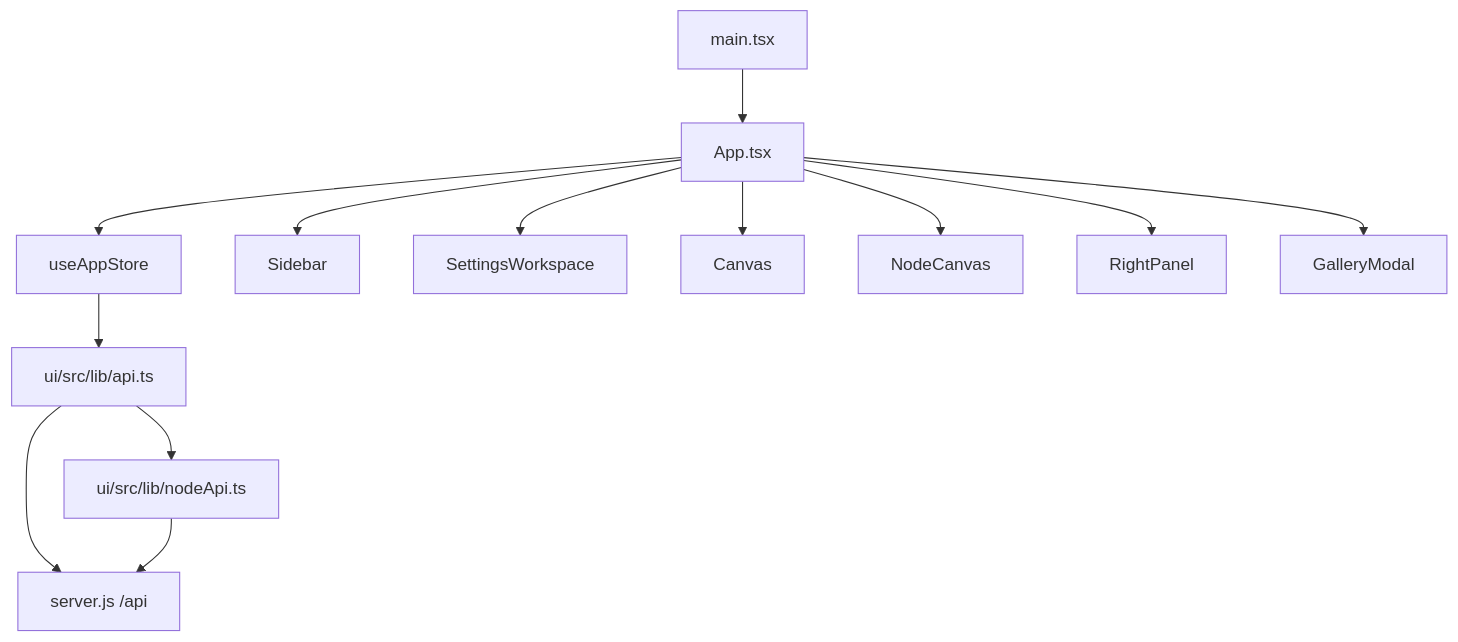
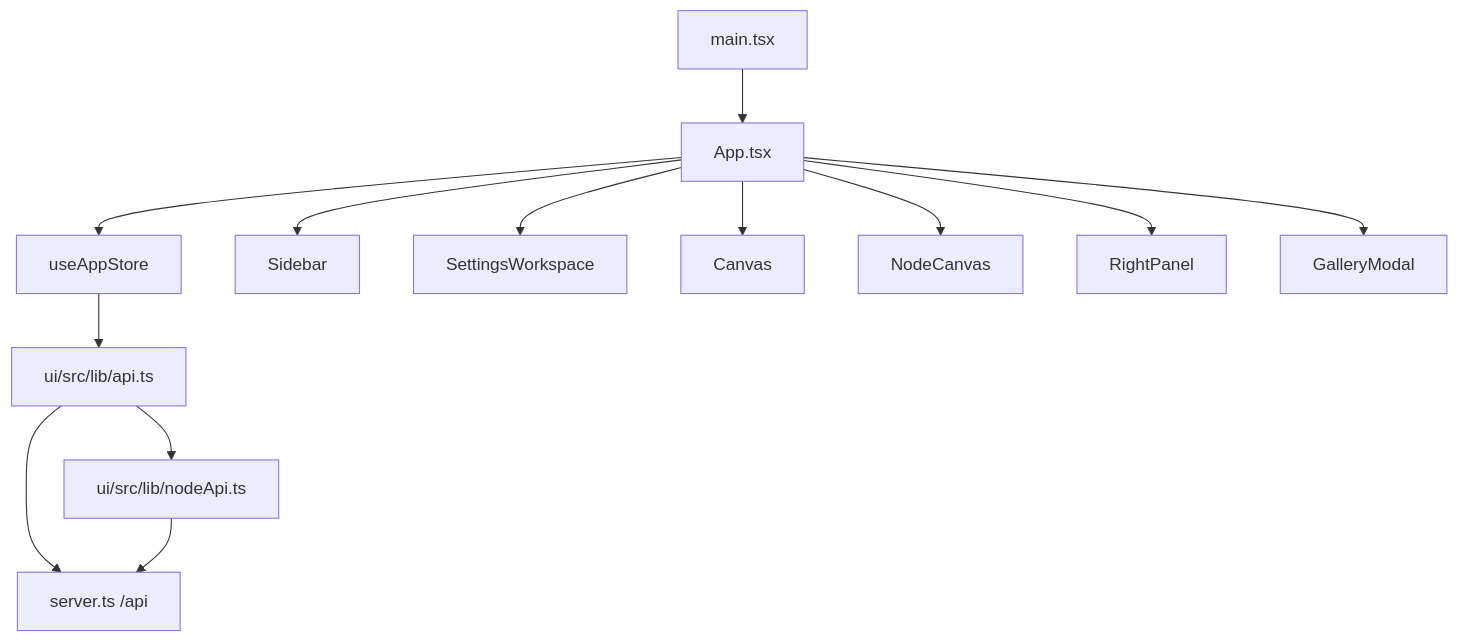
Before and after one commit to ChatPoongKun/ima2-gen: the diagram in structure/04-frontend-architecture.md, drawn with Mermaid. The commit also changed other lines of this file and 36 other files, not shown here.

````diff
--- a/structure/04-frontend-architecture.md
+++ b/structure/04-frontend-architecture.md
@@ -21,15 +21,15 @@
 ```mermaid
 graph TD
     MAIN["main.tsx"] --> APP["App.tsx"]
     APP --> STORE["useAppStore"]
     APP --> SIDEBAR["Sidebar"]
     APP --> SETTINGS["SettingsWorkspace"]
     APP --> CLASSIC["Canvas"]
     APP --> NODE["NodeCanvas"]
     APP --> RIGHT["RightPanel"]
     APP --> MODAL["GalleryModal"]
     STORE --> API["ui/src/lib/api.ts"]
     API --> NODEAPI["ui/src/lib/nodeApi.ts"]
-    API --> SERVER["server.js /api"]
+    API --> SERVER["server.ts /api"]
     NODEAPI --> SERVER
 ```
````
